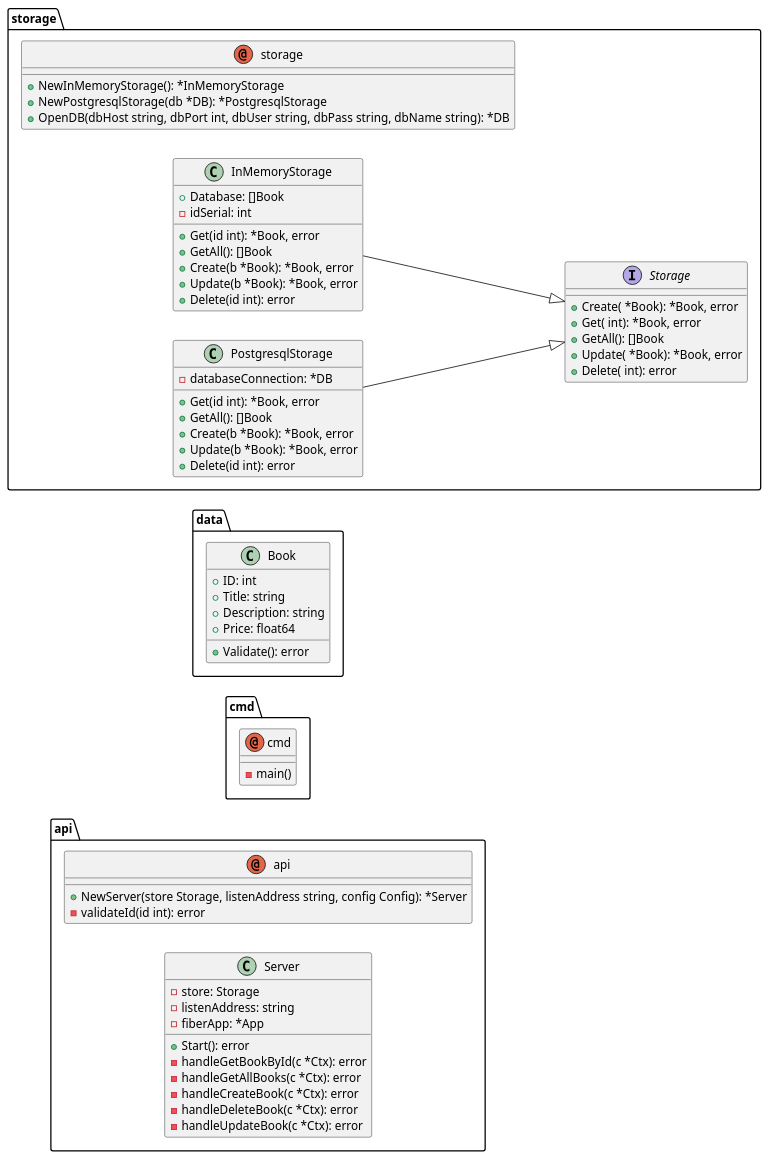
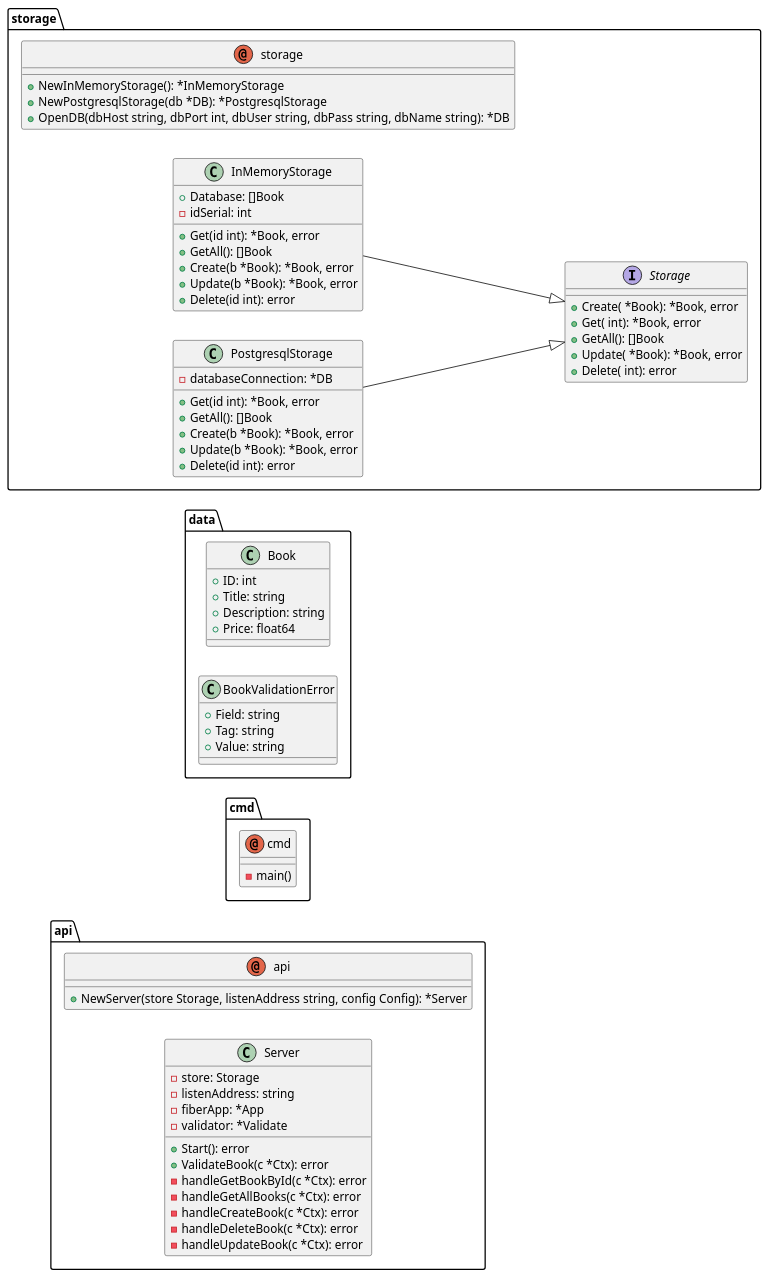
Before and after one commit to torbendury/books-go: the diagram in docs/graph.puml, drawn with PlantUML. The commit also changed 2 other files, not shown here.

```diff
--- a/docs/graph.puml
+++ b/docs/graph.puml
@@ -1,74 +1,81 @@
 @startuml
 left to right direction
 package api{
 annotation api {
 
 
 +NewServer(store Storage, listenAddress string, config Config): *Server
--validateId(id int): error
 }
 class Server {
 -store: Storage
 -listenAddress: string
 -fiberApp: *App
+-validator: *Validate
 +Start(): error
++ValidateBook(c *Ctx): error
 -handleGetBookById(c *Ctx): error
 -handleGetAllBooks(c *Ctx): error
 -handleCreateBook(c *Ctx): error
 -handleDeleteBook(c *Ctx): error
 -handleUpdateBook(c *Ctx): error
 }
 }
 package cmd{
 annotation cmd {
 
 
 -main()
 }
 }
 package data{
 class Book {
 +ID: int
 +Title: string
 +Description: string
 +Price: float64
-+Validate(): error
+
+}
+class BookValidationError {
++Field: string
++Tag: string
++Value: string
+
 }
 }
 package storage{
 annotation storage {
 
 
 +NewInMemoryStorage(): *InMemoryStorage
 +NewPostgresqlStorage(db *DB): *PostgresqlStorage
 +OpenDB(dbHost string, dbPort int, dbUser string, dbPass string, dbName string): *DB
 }
 interface Storage{
 +Create( *Book): *Book, error
 +Get( int): *Book, error
 +GetAll(): []Book
 +Update( *Book): *Book, error
 +Delete( int): error
 }
 class InMemoryStorage {
 +Database: []Book
 -idSerial: int
 +Get(id int): *Book, error
 +GetAll(): []Book
 +Create(b *Book): *Book, error
 +Update(b *Book): *Book, error
 +Delete(id int): error
 }
 class PostgresqlStorage {
 -databaseConnection: *DB
 +Get(id int): *Book, error
 +GetAll(): []Book
 +Create(b *Book): *Book, error
 +Update(b *Book): *Book, error
 +Delete(id int): error
 }
 }
 
 "InMemoryStorage" --|> "Storage"
 "PostgresqlStorage" --|> "Storage"
 @enduml
```
